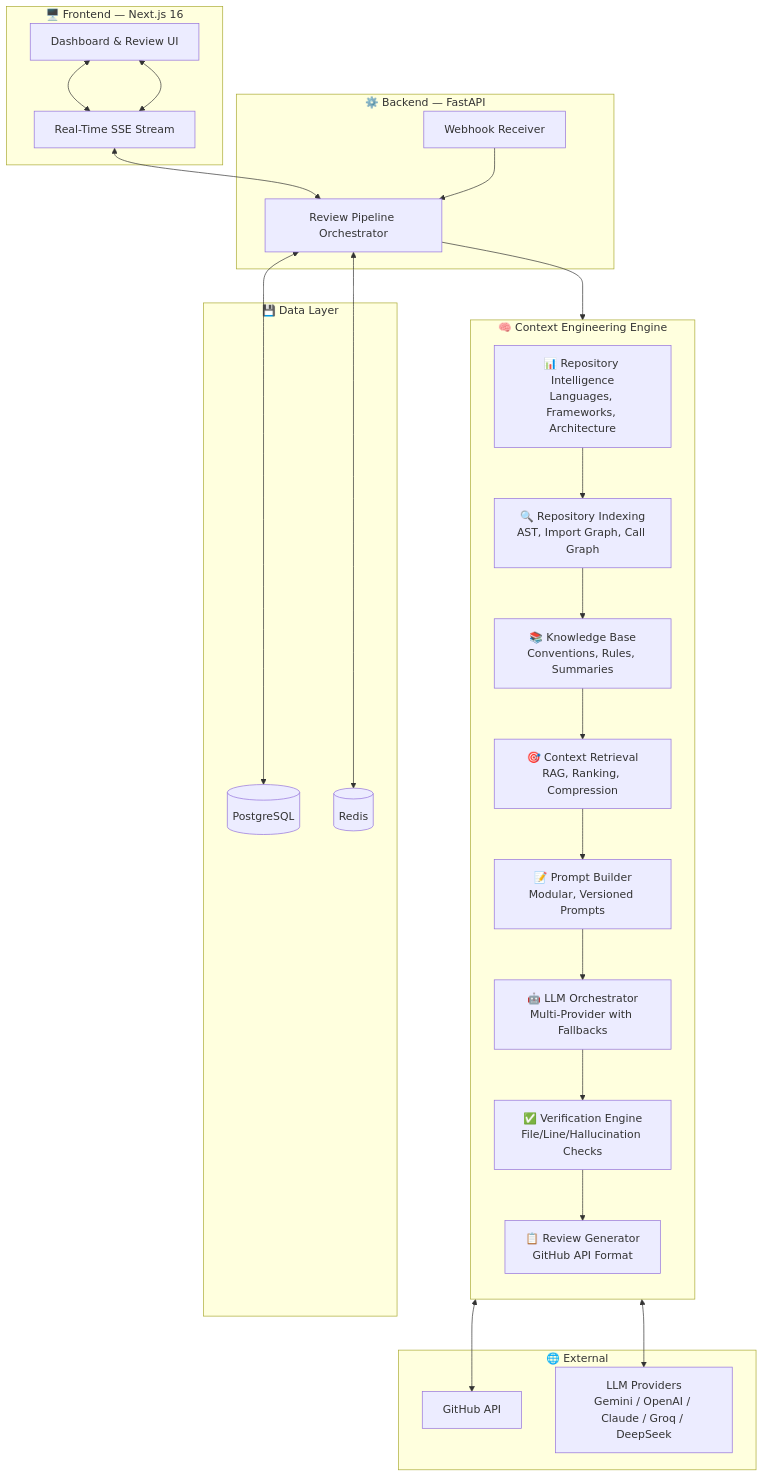
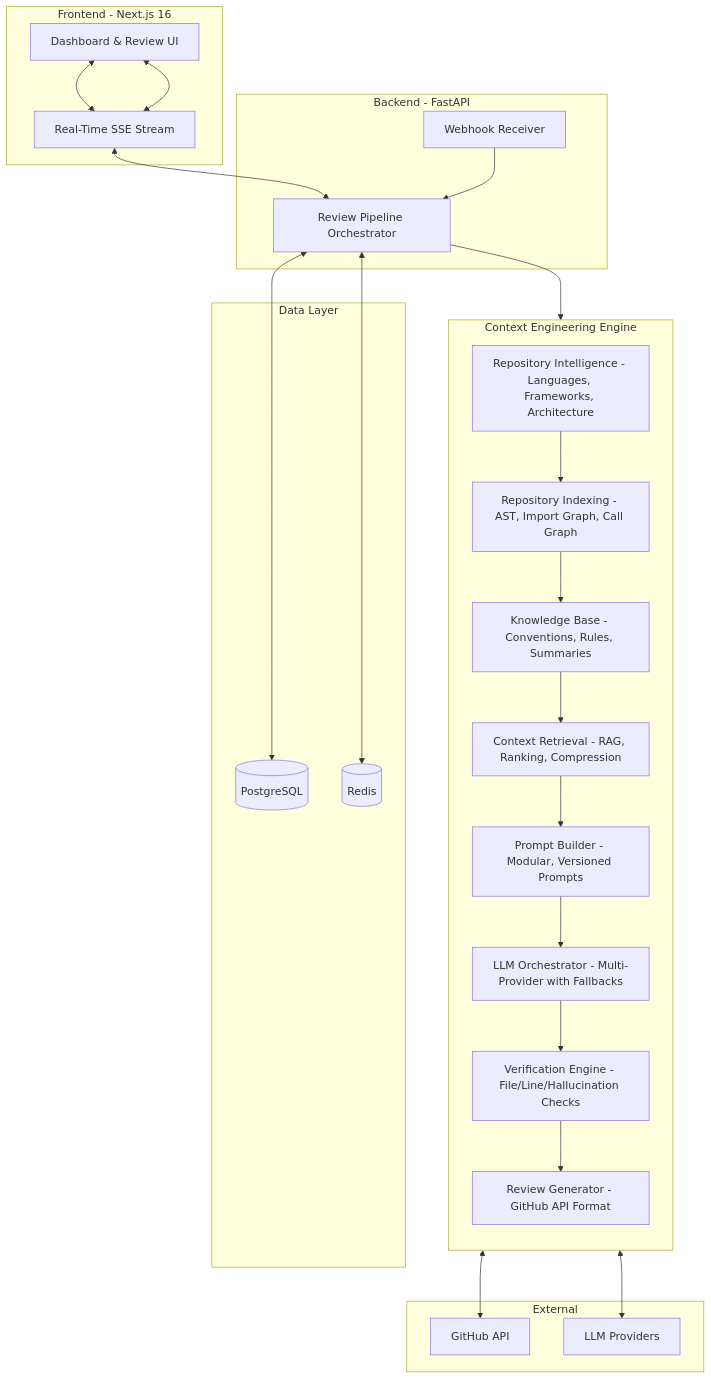
The first of 2 diagrams in README.md (d-kavinraja/revora), drawn with Mermaid before and after one commit. The commit also changed other lines of this file, not shown here.

Commit message:
docs: update README - remove emojis, mark multi-LLM and API keys as in development

````diff
--- a/README.md
+++ b/README.md
@@ -62,44 +62,44 @@
 ```mermaid
 graph TB
-    subgraph Frontend["🖥️ Frontend — Next.js 16"]
+    subgraph Frontend["Frontend - Next.js 16"]
         UI[Dashboard & Review UI]
         SSE[Real-Time SSE Stream]
     end
 
-    subgraph Backend["⚙️ Backend — FastAPI"]
+    subgraph Backend["Backend - FastAPI"]
         WH[Webhook Receiver]
         PIPE[Review Pipeline Orchestrator]
     end
 
-    subgraph ContextEngine["🧠 Context Engineering Engine"]
+    subgraph ContextEngine["Context Engineering Engine"]
         direction TB
-        I1["📊 Repository Intelligence<br/>Languages, Frameworks, Architecture"]
-        I2["🔍 Repository Indexing<br/>AST, Import Graph, Call Graph"]
-        I3["📚 Knowledge Base<br/>Conventions, Rules, Summaries"]
-        I4["🎯 Context Retrieval<br/>RAG, Ranking, Compression"]
-        I5["📝 Prompt Builder<br/>Modular, Versioned Prompts"]
-        I6["🤖 LLM Orchestrator<br/>Multi-Provider with Fallbacks"]
-        I7["✅ Verification Engine<br/>File/Line/Hallucination Checks"]
-        I8["📋 Review Generator<br/>GitHub API Format"]
+        I1["Repository Intelligence - Languages, Frameworks, Architecture"]
+        I2["Repository Indexing - AST, Import Graph, Call Graph"]
+        I3["Knowledge Base - Conventions, Rules, Summaries"]
+        I4["Context Retrieval - RAG, Ranking, Compression"]
+        I5["Prompt Builder - Modular, Versioned Prompts"]
+        I6["LLM Orchestrator - Multi-Provider with Fallbacks"]
+        I7["Verification Engine - File/Line/Hallucination Checks"]
+        I8["Review Generator - GitHub API Format"]
     end
 
-    subgraph Data["💾 Data Layer"]
+    subgraph Data["Data Layer"]
         PG[(PostgreSQL)]
         RD[(Redis)]
     end
 
-    subgraph External["🌐 External"]
+    subgraph External["External"]
         GH[GitHub API]
-        LLM[LLM Providers<br/>Gemini / OpenAI / Claude / Groq / DeepSeek]
+        LLM[LLM Providers]
     end
 
     UI <--> SSE
     SSE <--> PIPE
     WH --> PIPE
     PIPE --> I1 --> I2 --> I3 --> I4 --> I5 --> I6 --> I7 --> I8
     PIPE <--> PG
     PIPE <--> RD
     I8 <--> GH
     I6 <--> LLM
     SSE <--> UI
 ```
````
